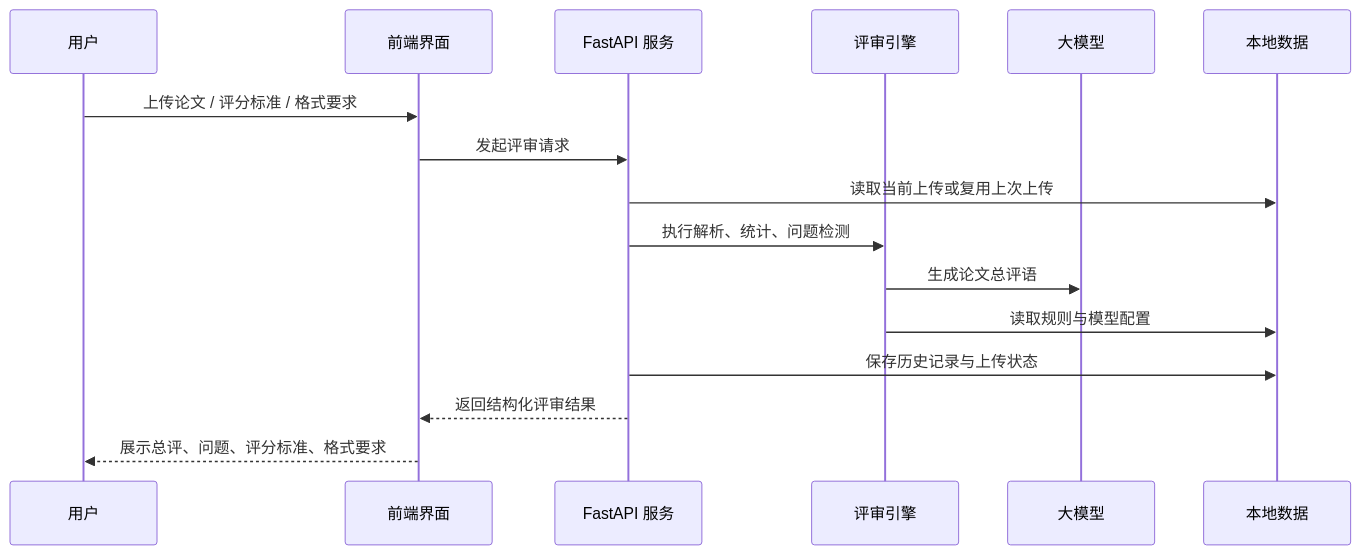
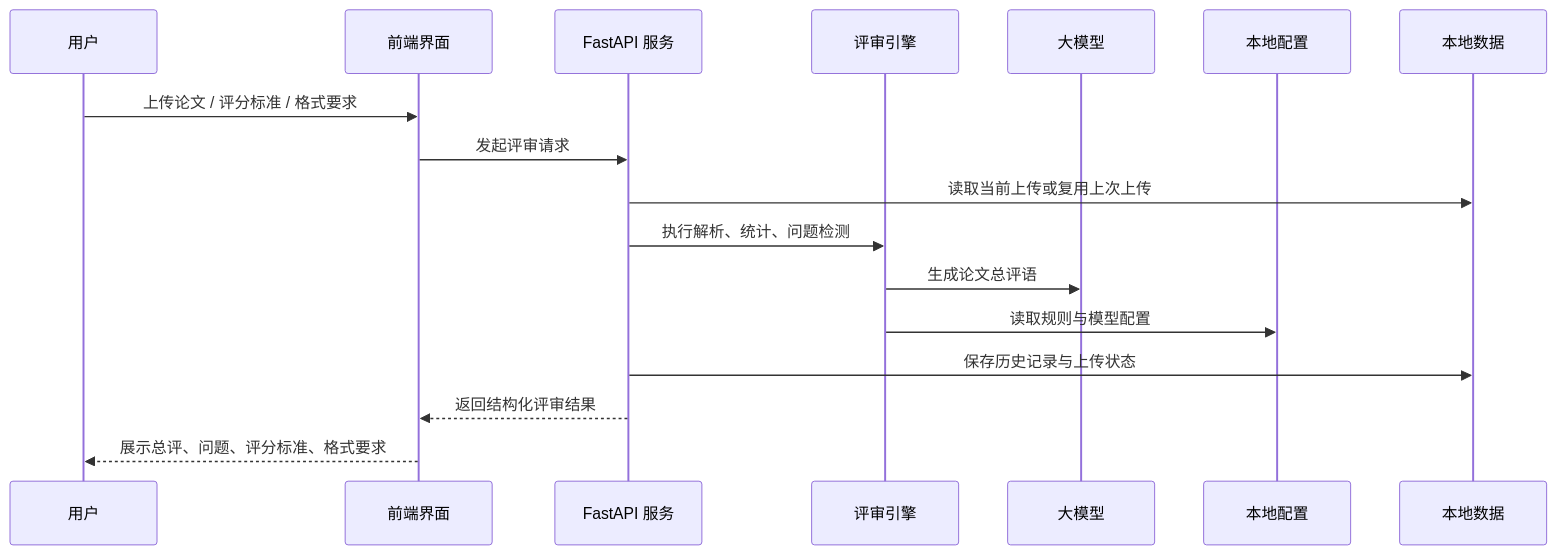
The second of 2 diagrams in README.md (HHSTU-IST/thesisev), drawn with Mermaid before and after one commit. The commit also changed other lines of this file and 13 other files, not shown here.

````diff
--- a/README.md
+++ b/README.md
@@ -156,19 +167,20 @@
 ```mermaid
 sequenceDiagram
     participant User as 用户
     participant UI as 前端界面
     participant API as FastAPI 服务
     participant Core as 评审引擎
     participant LLM as 大模型
+    participant Config as 本地配置
     participant Data as 本地数据
 
     User->>UI: 上传论文 / 评分标准 / 格式要求
     UI->>API: 发起评审请求
     API->>Data: 读取当前上传或复用上次上传
     API->>Core: 执行解析、统计、问题检测
     Core->>LLM: 生成论文总评语
-    Core->>Data: 读取规则与模型配置
+    Core->>Config: 读取规则与模型配置
     API->>Data: 保存历史记录与上传状态
     API-->>UI: 返回结构化评审结果
     UI-->>User: 展示总评、问题、评分标准、格式要求
 ```
````
